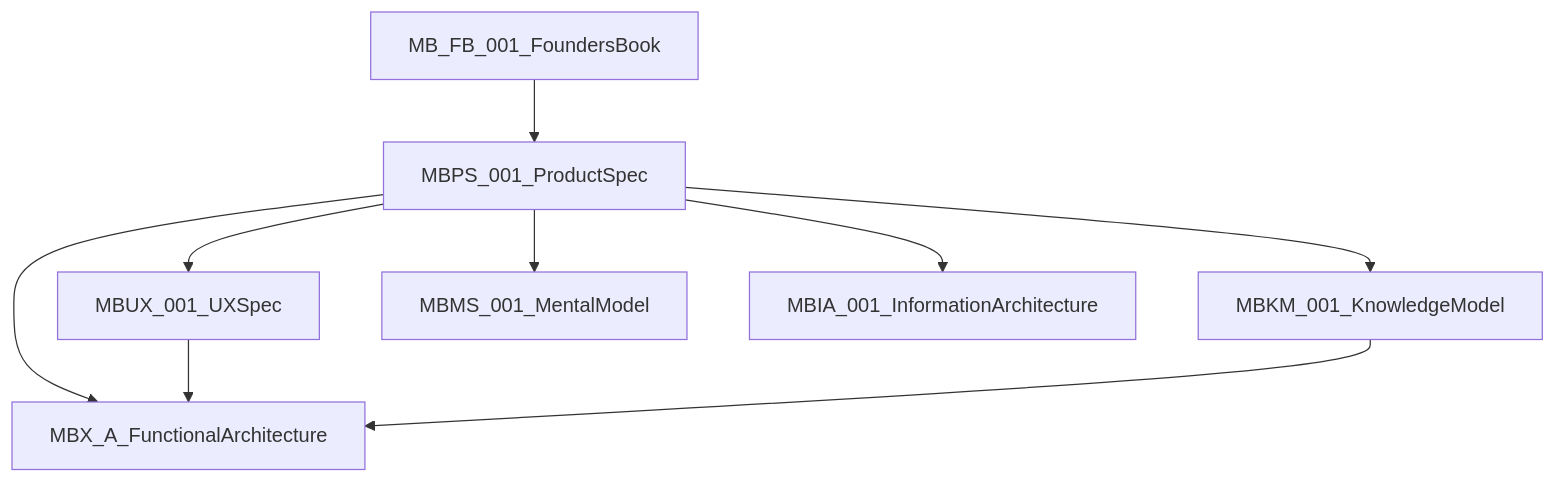
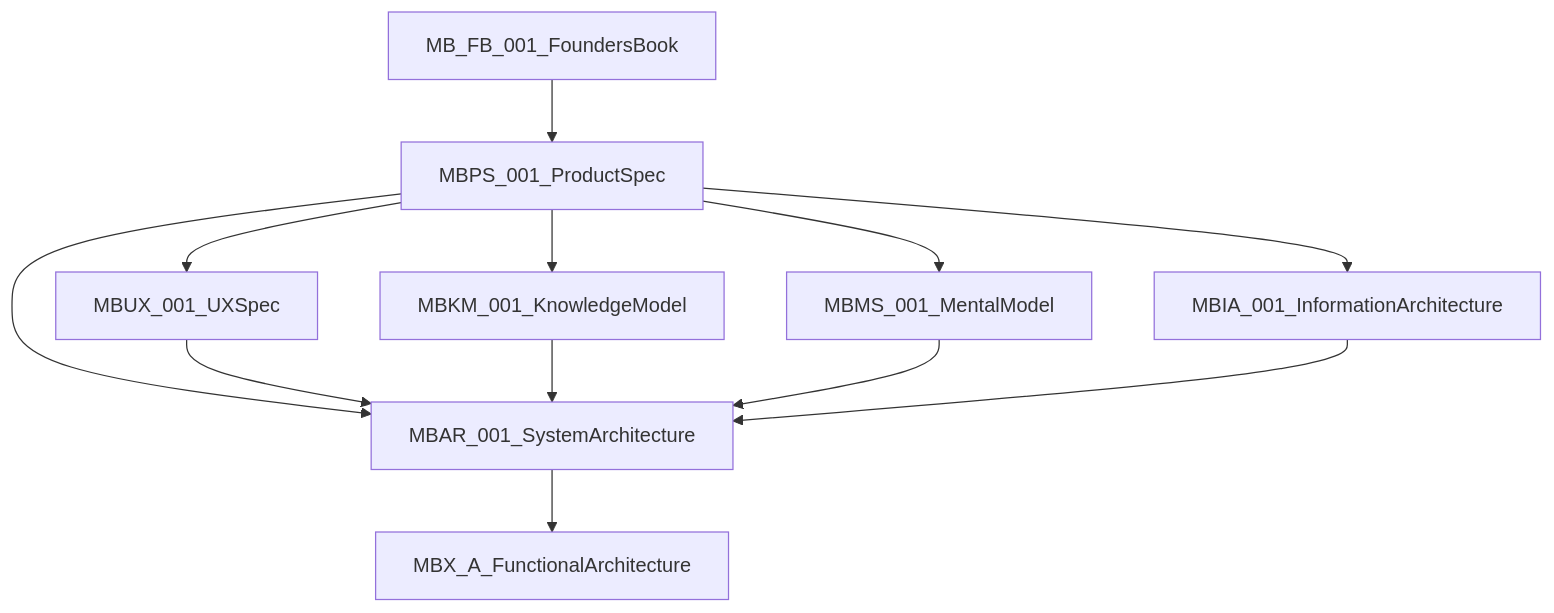
The diagram in docs/product/README.md (swill010101/MemoryBox-Gmail-Prototype), drawn with Mermaid before and after one commit. The commit also changed other lines of this file and 4 other files, not shown here.

First line of the commit message:
Add MBAR-001 technology-neutral system architecture.

````diff
--- a/docs/product/README.md
+++ b/docs/product/README.md
@@ -7,18 +7,22 @@
 ```mermaid
 flowchart TB
   FB[MB_FB_001_FoundersBook]
   MBPS[MBPS_001_ProductSpec]
   MBUX[MBUX_001_UXSpec]
   MBKM[MBKM_001_KnowledgeModel]
   MBMS[MBMS_001_MentalModel]
   MBIA[MBIA_001_InformationArchitecture]
+  MBAR[MBAR_001_SystemArchitecture]
   MBXA[MBX_A_FunctionalArchitecture]
   FB --> MBPS
   MBPS --> MBUX
   MBPS --> MBKM
   MBPS --> MBMS
   MBPS --> MBIA
-  MBPS --> MBXA
-  MBUX --> MBXA
-  MBKM --> MBXA
+  MBPS --> MBAR
+  MBUX --> MBAR
+  MBKM --> MBAR
+  MBMS --> MBAR
+  MBIA --> MBAR
+  MBAR --> MBXA
 ```
````
